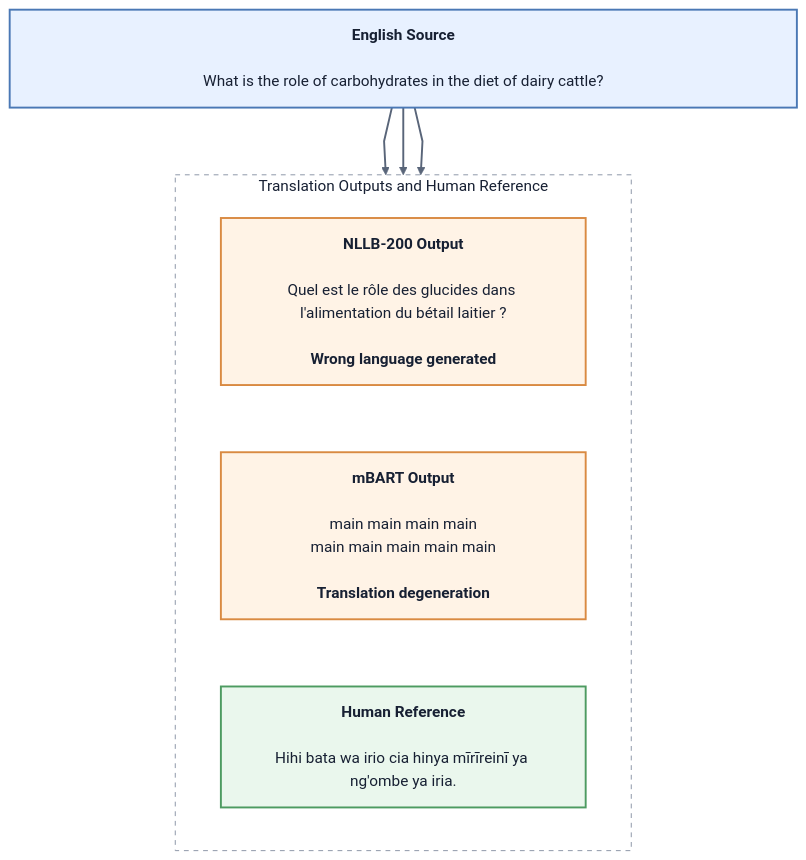
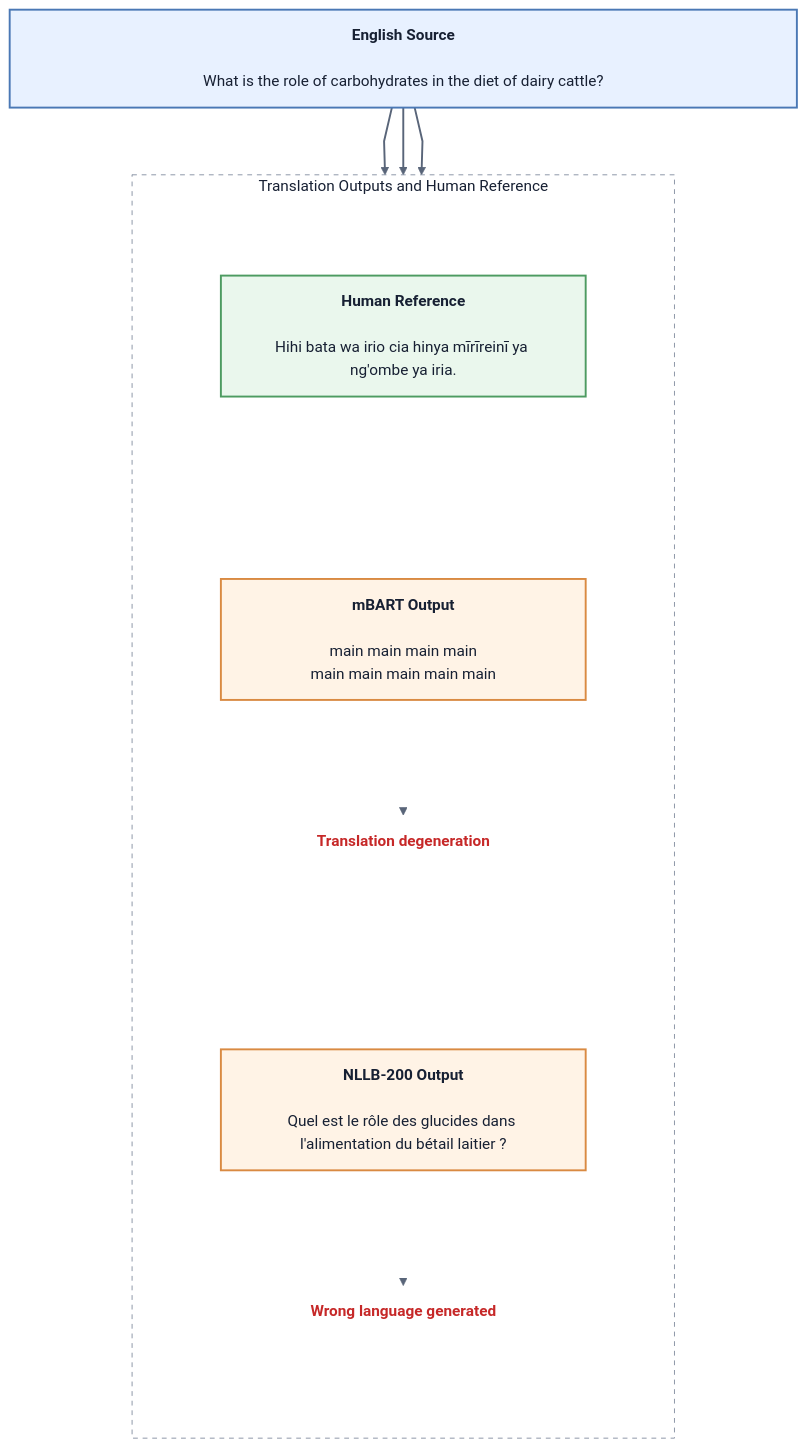
One commit to dabinotek/GradioDemo changed the diagram in intuition_1.md. Above: the diagram before and after it, drawn with Mermaid. The commit also changed other lines of this file, not shown here.

Commit message:
Move model observations outside boxes and style red

````diff
--- a/intuition_1.md
+++ b/intuition_1.md
@@ -5,26 +5,48 @@
 ```mermaid
 %%{init: {"theme":"base","flowchart":{"htmlLabels":true,"curve":"linear","nodeSpacing":70,"rankSpacing":70},"themeVariables":{"fontSize":"16px","primaryTextColor":"#172033","lineColor":"#596579"}}}%%
 flowchart TB
     SOURCE["<div style='width:760px;text-align:center'><b>English Source</b><br/><br/>What is the role of carbohydrates in the diet of dairy cattle?</div>"]
 
     subgraph COMPARISON["Translation Outputs and Human Reference"]
         direction LR
-        NLLB["<div style='width:320px;text-align:center'><b>NLLB-200 Output</b><br/><br/>Quel est le rôle des glucides dans l'alimentation du bétail laitier ?<br/><br/><span style='color:#b91c1c'><b>Wrong language generated</b></span></div>"]
-        MBART["<div style='width:320px;text-align:center'><b>mBART Output</b><br/><br/>main main main main<br/>main main main main main<br/><br/><span style='color:#b91c1c'><b>Translation degeneration</b></span></div>"]
-        HUMAN["<div style='width:320px;text-align:center'><b>Human Reference</b><br/><br/>Hihi bata wa irio cia hinya mīrīreinī ya ng'ombe ya iria.</div>"]
+
+        subgraph NLLB_COL[" "]
+            direction TB
+            NLLB["<div style='width:320px;text-align:center'><b>NLLB-200 Output</b><br/><br/>Quel est le rôle des glucides dans l'alimentation du bétail laitier ?</div>"]
+            NLLB_NOTE["<div style='width:320px;text-align:center;color:#c62828'><b>Wrong language generated</b></div>"]
+            NLLB --> NLLB_NOTE
+        end
+
+        subgraph MBART_COL[" "]
+            direction TB
+            MBART["<div style='width:320px;text-align:center'><b>mBART Output</b><br/><br/>main main main main<br/>main main main main main</div>"]
+            MBART_NOTE["<div style='width:320px;text-align:center;color:#c62828'><b>Translation degeneration</b></div>"]
+            MBART --> MBART_NOTE
+        end
+
+        subgraph HUMAN_COL[" "]
+            direction TB
+            HUMAN["<div style='width:320px;text-align:center'><b>Human Reference</b><br/><br/>Hihi bata wa irio cia hinya mīrīreinī ya ng'ombe ya iria.</div>"]
+        end
     end
 
     SOURCE --> NLLB
     SOURCE --> MBART
     SOURCE --> HUMAN
 
     classDef source fill:#e8f1ff,stroke:#4a78b5,color:#172033,stroke-width:2px;
     classDef model fill:#fff3e6,stroke:#d98a42,color:#172033,stroke-width:2px;
     classDef reference fill:#eaf7ed,stroke:#4d9b61,color:#172033,stroke-width:2px;
+    classDef observation fill:transparent,stroke:transparent,color:#c62828,stroke-width:0px;
 
     class SOURCE source;
     class NLLB,MBART model;
     class HUMAN reference;
+    class NLLB_NOTE,MBART_NOTE observation;
     style COMPARISON fill:transparent,stroke:#8a94a6,color:#172033,stroke-dasharray:5 5
+    style NLLB_COL fill:transparent,stroke:transparent
+    style MBART_COL fill:transparent,stroke:transparent
+    style HUMAN_COL fill:transparent,stroke:transparent
     linkStyle default stroke:#596579,stroke-width:2px
+    linkStyle 0,1 stroke:transparent,stroke-width:0px
 ```
````
